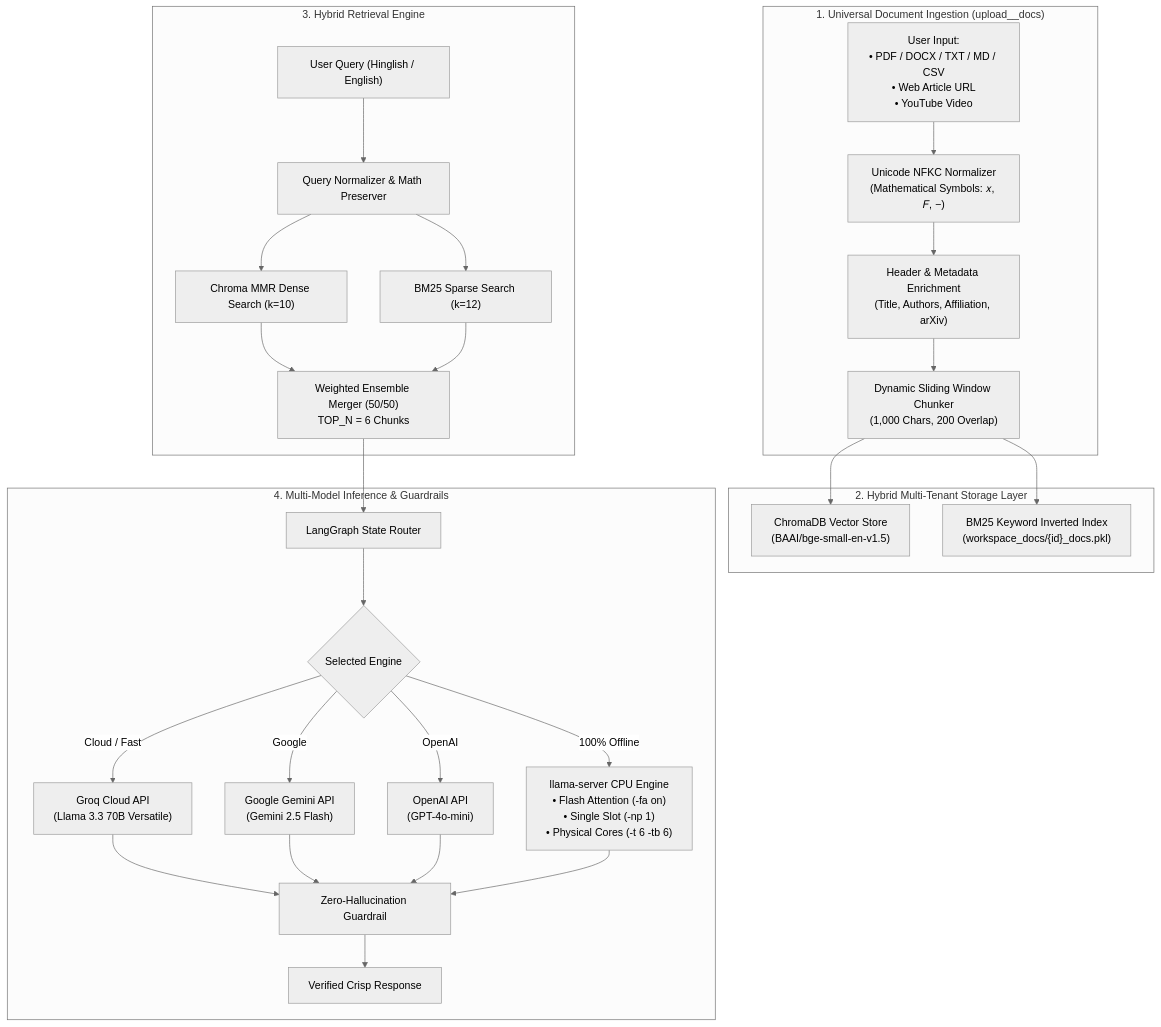
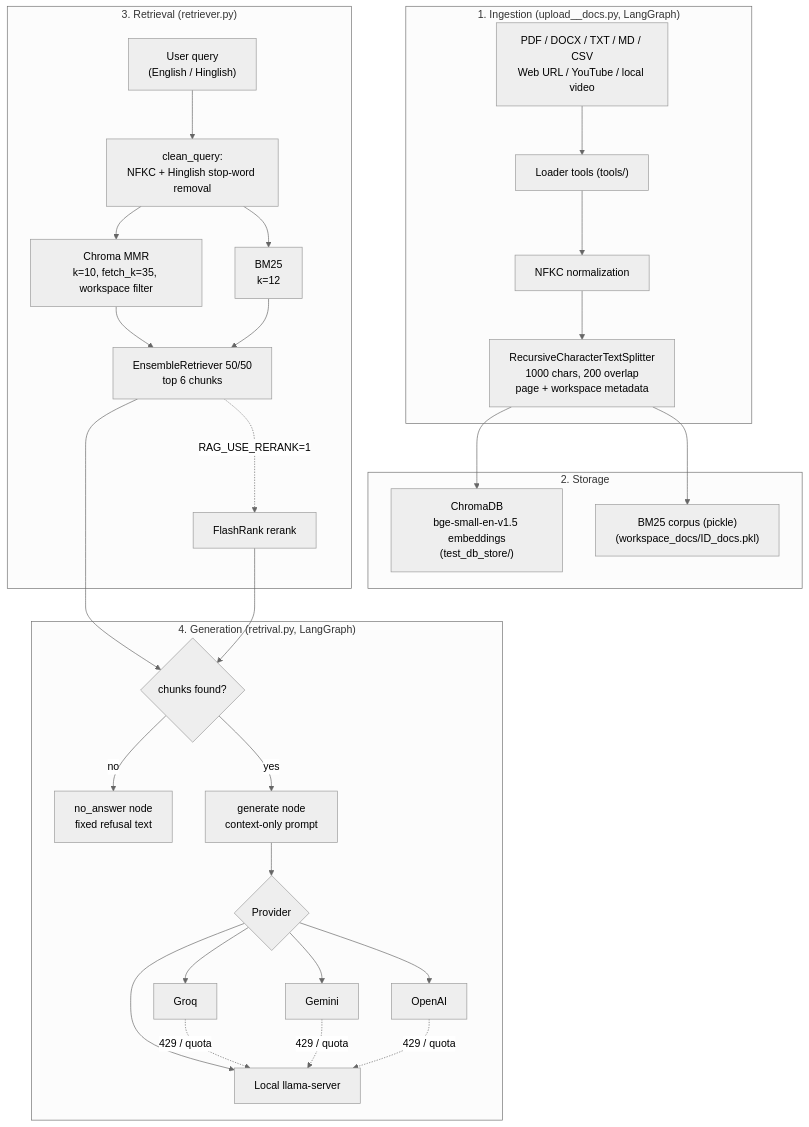
The diagram in README.md (XestalNitish/xestal-enterprise-rag-engine), drawn with Mermaid (neutral theme) before and after one commit. The commit also changed other lines of this file, not shown here.

````diff
--- a/README.md
+++ b/README.md
@@ -37,31 +68,37 @@
 ```mermaid
 flowchart TD
-    subgraph INGESTION["1. Universal Document Ingestion (upload__docs)"]
-        INPUT["User Input:<br/>• PDF / DOCX / TXT / MD / CSV<br/>• Web Article URL<br/>• YouTube Video"] --> NORM["Unicode NFKC Normalizer<br/>(Mathematical Symbols: 𝑥, 𝐹, −)"]
-        NORM --> ENRICH["Header & Metadata Enrichment<br/>(Title, Authors, Affiliation, arXiv)"]
-        ENRICH --> CHUNKER["Dynamic Sliding Window Chunker<br/>(1,000 Chars, 200 Overlap)"]
+    subgraph INGEST["1. Ingestion (upload__docs.py, LangGraph)"]
+        SRC["PDF / DOCX / TXT / MD / CSV<br/>Web URL / YouTube / local video"] --> LOAD["Loader tools (tools/)"]
+        LOAD --> NORM["NFKC normalization"]
+        NORM --> CHUNK["RecursiveCharacterTextSplitter<br/>1000 chars, 200 overlap<br/>page + workspace metadata"]
     end
 
-    subgraph STORAGE["2. Hybrid Multi-Tenant Storage Layer"]
-        CHUNKER --> DENSE["ChromaDB Vector Store<br/>(BAAI/bge-small-en-v1.5)"]
-        CHUNKER --> SPARSE["BM25 Keyword Inverted Index<br/>(workspace_docs/{id}_docs.pkl)"]
+    subgraph STORE["2. Storage"]
+        CHUNK --> DENSE["ChromaDB<br/>bge-small-en-v1.5 embeddings<br/>(test_db_store/)"]
+        CHUNK --> SPARSE["BM25 corpus (pickle)<br/>(workspace_docs/ID_docs.pkl)"]
     end
 
-    subgraph RETRIEVAL["3. Hybrid Retrieval Engine"]
-        USER_Q["User Query (Hinglish / English)"] --> CLEAN["Query Normalizer & Math Preserver"]
-        CLEAN --> MMR["Chroma MMR Dense Search (k=10)"]
-        CLEAN --> BM25_SEARCH["BM25 Sparse Search (k=12)"]
-        MMR & BM25_SEARCH --> ENSEMBLE["Weighted Ensemble Merger (50/50)<br/>TOP_N = 6 Chunks"]
+    subgraph RETRIEVE["3. Retrieval (retriever.py)"]
+        Q["User query<br/>(English / Hinglish)"] --> CLEAN["clean_query:<br/>NFKC + Hinglish stop-word removal"]
+        CLEAN --> MMR["Chroma MMR<br/>k=10, fetch_k=35, workspace filter"]
+        CLEAN --> BM25["BM25<br/>k=12"]
+        MMR --> ENS["EnsembleRetriever 50/50<br/>top 6 chunks"]
+        BM25 --> ENS
+        ENS -.->|RAG_USE_RERANK=1| RR["FlashRank rerank"]
     end
 
-    subgraph INFERENCE["4. Multi-Model Inference & Guardrails"]
-        ENSEMBLE --> GRAPH["LangGraph State Router"]
-        GRAPH --> ROUTER{"Selected Engine"}
-        ROUTER -->|Cloud / Fast| GROQ["Groq Cloud API<br/>(Llama 3.3 70B Versatile)"]
-        ROUTER -->|Google| GEMINI["Google Gemini API<br/>(Gemini 2.5 Flash)"]
-        ROUTER -->|OpenAI| OPENAI["OpenAI API<br/>(GPT-4o-mini)"]
-        ROUTER -->|100% Offline| LLAMA["llama-server CPU Engine<br/>• Flash Attention (-fa on)<br/>• Single Slot (-np 1)<br/>• Physical Cores (-t 6 -tb 6)"]
-        GROQ & GEMINI & OPENAI & LLAMA --> GUARD["Zero-Hallucination Guardrail"]
-        GUARD --> OUT["Verified Crisp Response"]
+    subgraph GENERATE["4. Generation (retrival.py, LangGraph)"]
+        ENS --> G{"chunks found?"}
+        RR --> G
+        G -->|no| NA["no_answer node<br/>fixed refusal text"]
+        G -->|yes| GEN["generate node<br/>context-only prompt"]
+        GEN --> P{"Provider"}
+        P --> GROQ["Groq"]
+        P --> GEM["Gemini"]
+        P --> OAI["OpenAI"]
+        P --> LOC["Local llama-server"]
+        GROQ -.->|429 / quota| LOC
+        GEM -.->|429 / quota| LOC
+        OAI -.->|429 / quota| LOC
     end
 ```
````
